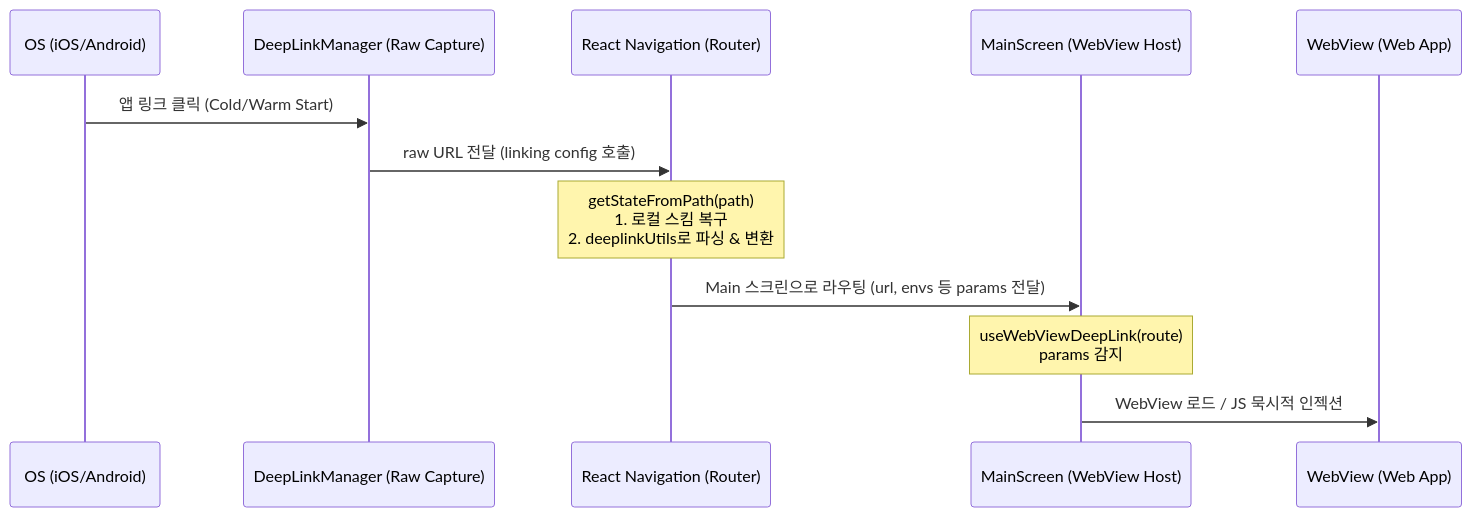
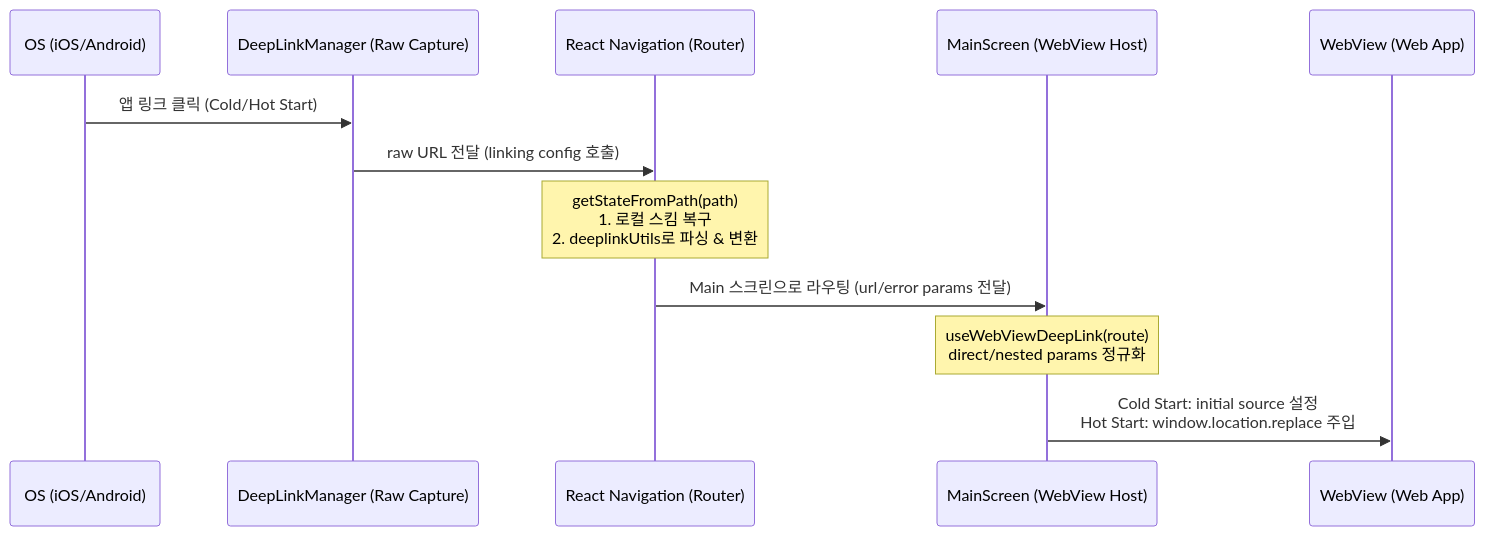
One commit to lemoncloud-io/dou-app changed the first of 3 diagrams in docs/specs/mobile/deeplink-architecture-refactoring.md. Above: the diagram before and after it, drawn with Mermaid. The commit also changed other lines of this file, not shown here.

````diff
--- a/docs/specs/mobile/deeplink-architecture-refactoring.md
+++ b/docs/specs/mobile/deeplink-architecture-refactoring.md
@@ -23,15 +23,15 @@
 ```mermaid
 sequenceDiagram
     participant OS as OS (iOS/Android)
     participant DLM as DeepLinkManager (Raw Capture)
     participant RN as React Navigation (Router)
     participant MS as MainScreen (WebView Host)
     participant WV as WebView (Web App)
 
-    OS->>DLM: 앱 링크 클릭 (Cold/Warm Start)
+    OS->>DLM: 앱 링크 클릭 (Cold/Hot Start)
     DLM->>RN: raw URL 전달 (linking config 호출)
     Note over RN: getStateFromPath(path)<br/>1. 로컬 스킴 복구<br/>2. deeplinkUtils로 파싱 & 변환
-    RN->>MS: Main 스크린으로 라우팅 (url, envs 등 params 전달)
-    Note over MS: useWebViewDeepLink(route)<br/>params 감지
-    MS->>WV: WebView 로드 / JS 묵시적 인젝션
+    RN->>MS: Main 스크린으로 라우팅 (url/error params 전달)
+    Note over MS: useWebViewDeepLink(route)<br/>direct/nested params 정규화
+    MS->>WV: Cold Start: initial source 설정<br/>Hot Start: window.location.replace 주입
 ```
````
